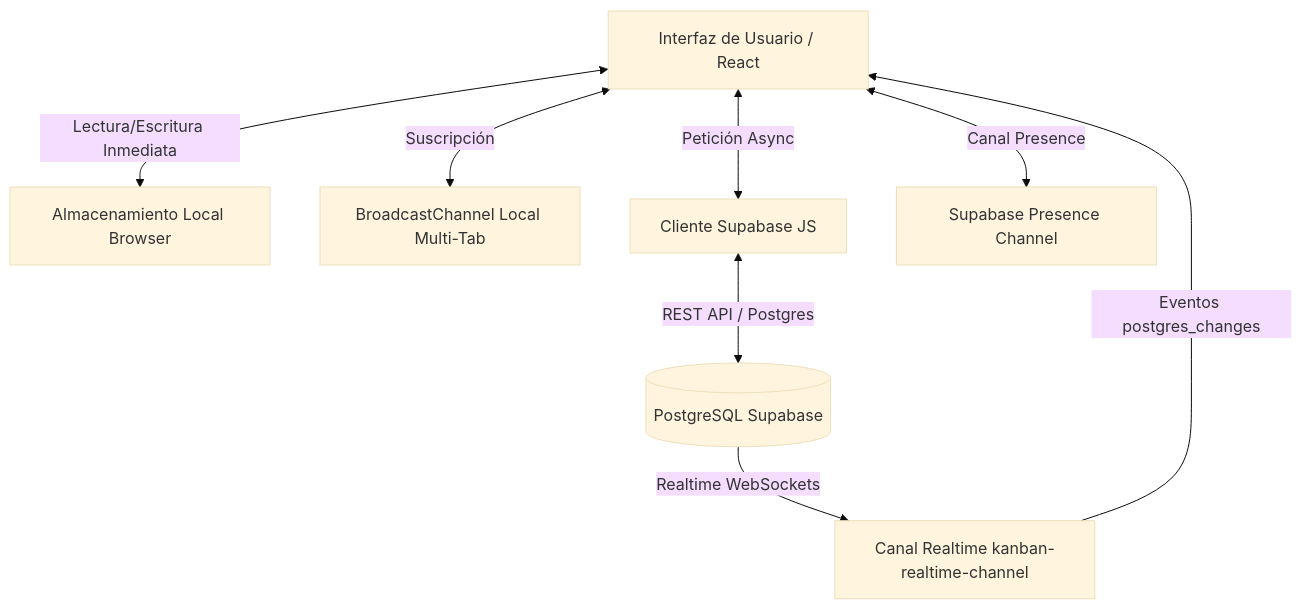
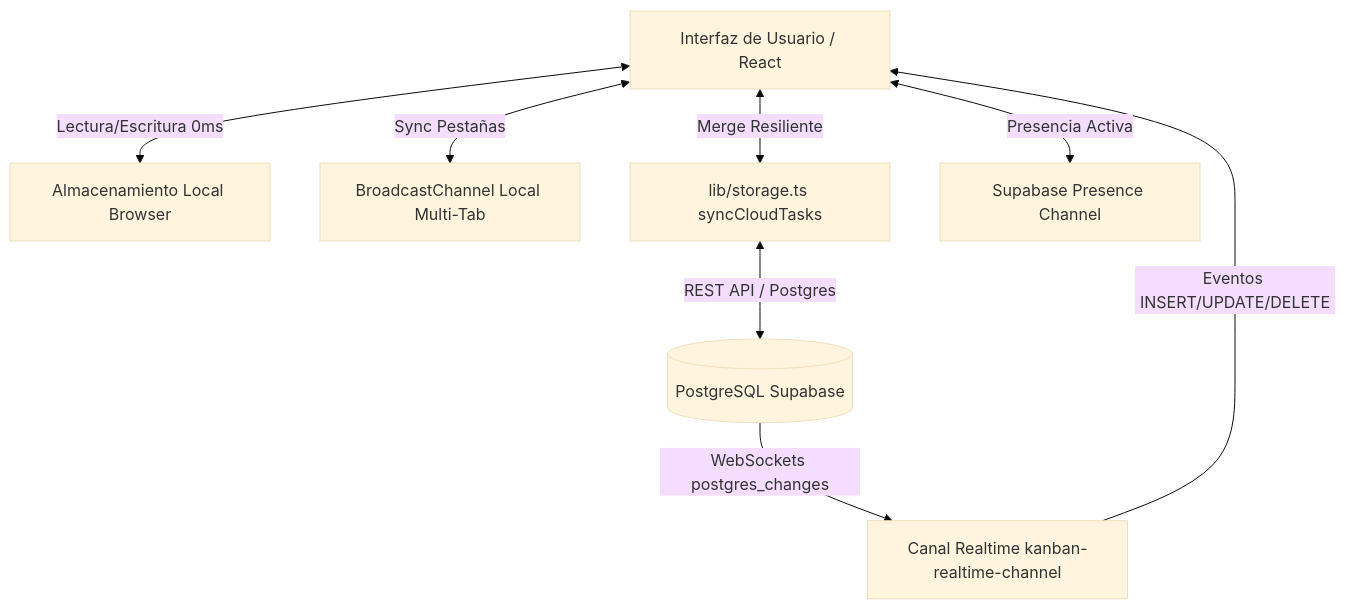
The diagram in docs/SPECIFICATION.md (Hssuarez/kanban-duo_futurist), drawn with Mermaid (base theme) before and after one commit. The commit also changed other lines of this file, not shown here.

````diff
--- a/docs/SPECIFICATION.md
+++ b/docs/SPECIFICATION.md
@@ -49,10 +50,10 @@
 ```mermaid
 graph TD
-    UI[Interfaz de Usuario / React] <-->|Lectura/Escritura Inmediata| LocalStorage[Almacenamiento Local Browser]
-    UI <-->|Suscripción| BC[BroadcastChannel Local Multi-Tab]
-    UI <-->|Petición Async| SupabaseClient[Cliente Supabase JS]
-    SupabaseClient <-->|REST API / Postgres| SupabaseDB[(PostgreSQL Supabase)]
-    SupabaseDB -->|Realtime WebSockets| SupabaseRealtime[Canal Realtime kanban-realtime-channel]
-    SupabaseRealtime -->|Eventos postgres_changes| UI
-    UI <-->|Canal Presence| SupabasePresence[Supabase Presence Channel]
+    UI[Interfaz de Usuario / React] <-->|Lectura/Escritura 0ms| LocalStorage[Almacenamiento Local Browser]
+    UI <-->|Sync Pestañas| BC[BroadcastChannel Local Multi-Tab]
+    UI <-->|Merge Resiliente| CloudSync[lib/storage.ts syncCloudTasks]
+    CloudSync <-->|REST API / Postgres| SupabaseDB[(PostgreSQL Supabase)]
+    SupabaseDB -->|WebSockets postgres_changes| SupabaseRealtime[Canal Realtime kanban-realtime-channel]
+    SupabaseRealtime -->|Eventos INSERT/UPDATE/DELETE| UI
+    UI <-->|Presencia Activa| SupabasePresence[Supabase Presence Channel]
 ```
````
